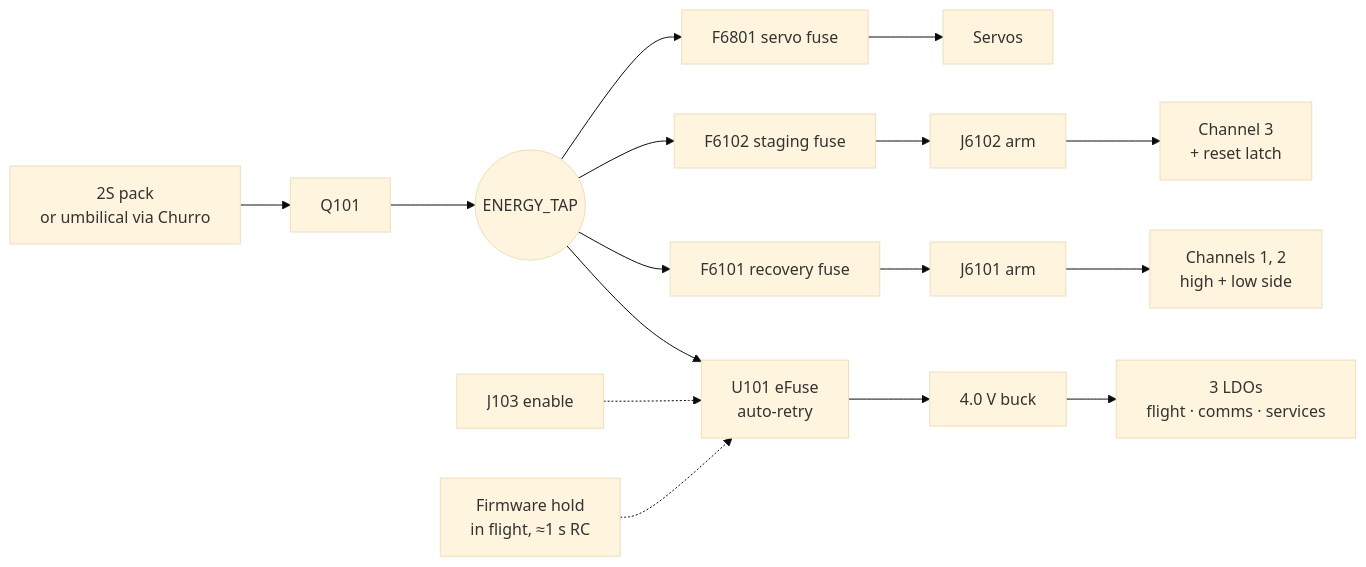
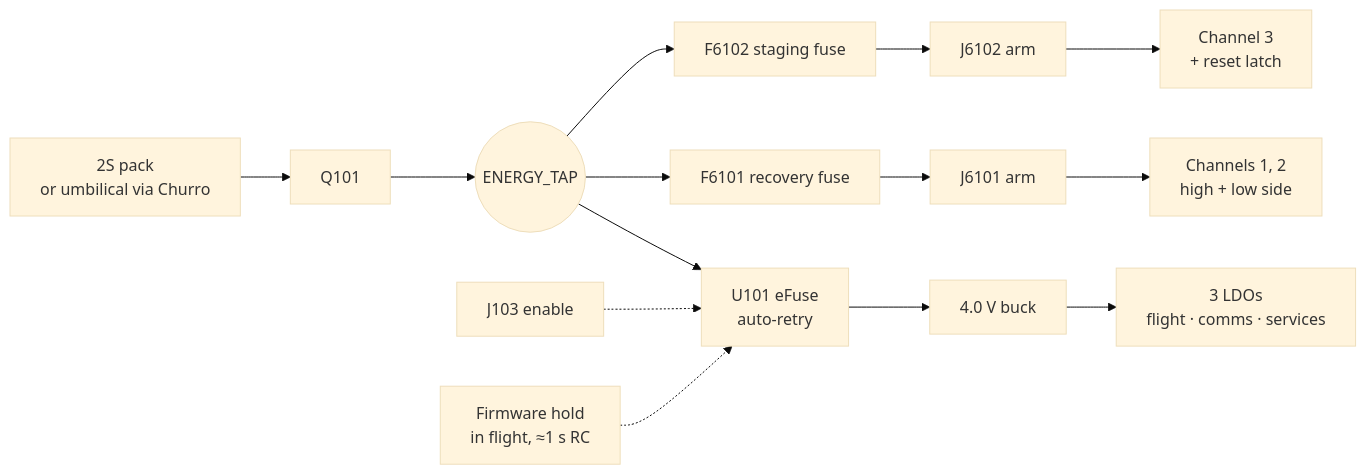
The third of 3 diagrams in docs/architecture/system-tour.md (ULAS-HiPR/Ogma2), drawn with Mermaid (base theme) before and after one commit. The commit also changed other lines of this file and 21 other files, not shown here.

First line of the commit message:
Record the 18-19 Nov architecture sign-off and its decisions

````diff
--- a/docs/architecture/system-tour.md
+++ b/docs/architecture/system-tour.md
@@ -99,16 +99,15 @@
 ```mermaid
 flowchart LR
   BAT["2S pack
 or umbilical via Churro"] --> Q["Q101"] --> TAP(("ENERGY_TAP"))
   TAP --> E["U101 eFuse
 auto-retry"] --> BUCK["4.0 V buck"] --> LDO["3 LDOs
 flight · comms · services"]
   TAP --> PF["F6101 recovery fuse"] --> ARM["J6101 arm"] --> PY["Channels 1, 2
 high + low side"]
   TAP --> PF3["F6102 staging fuse"] --> ARM3["J6102 arm"] --> PY3["Channel 3
 + reset latch"]
-  TAP --> SF["F6801 servo fuse"] --> SV["Servos"]
   EN["J103 enable"] -.-> E
   HOLD["Firmware hold
 in flight, ≈1 s RC"] -.-> E
 ```
````
